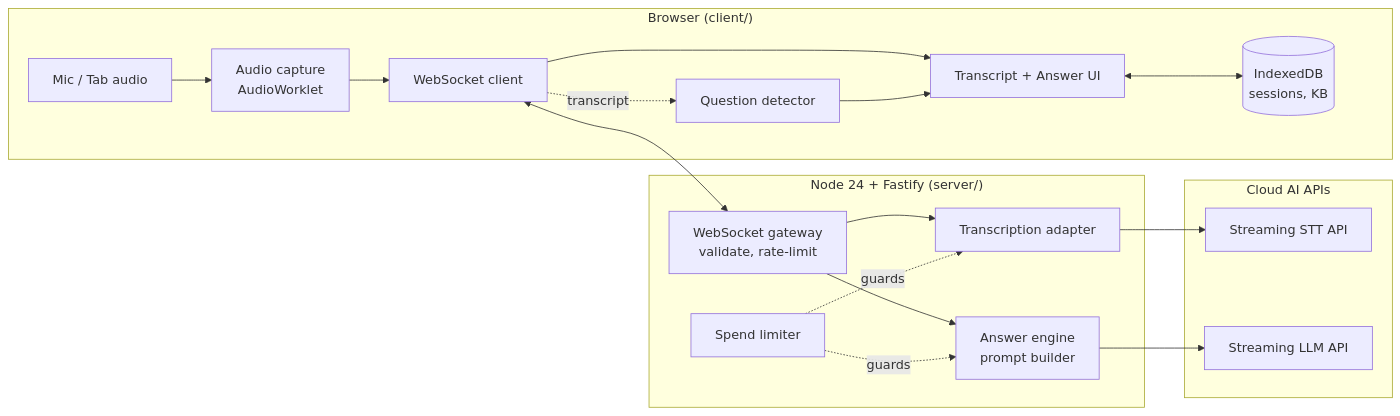
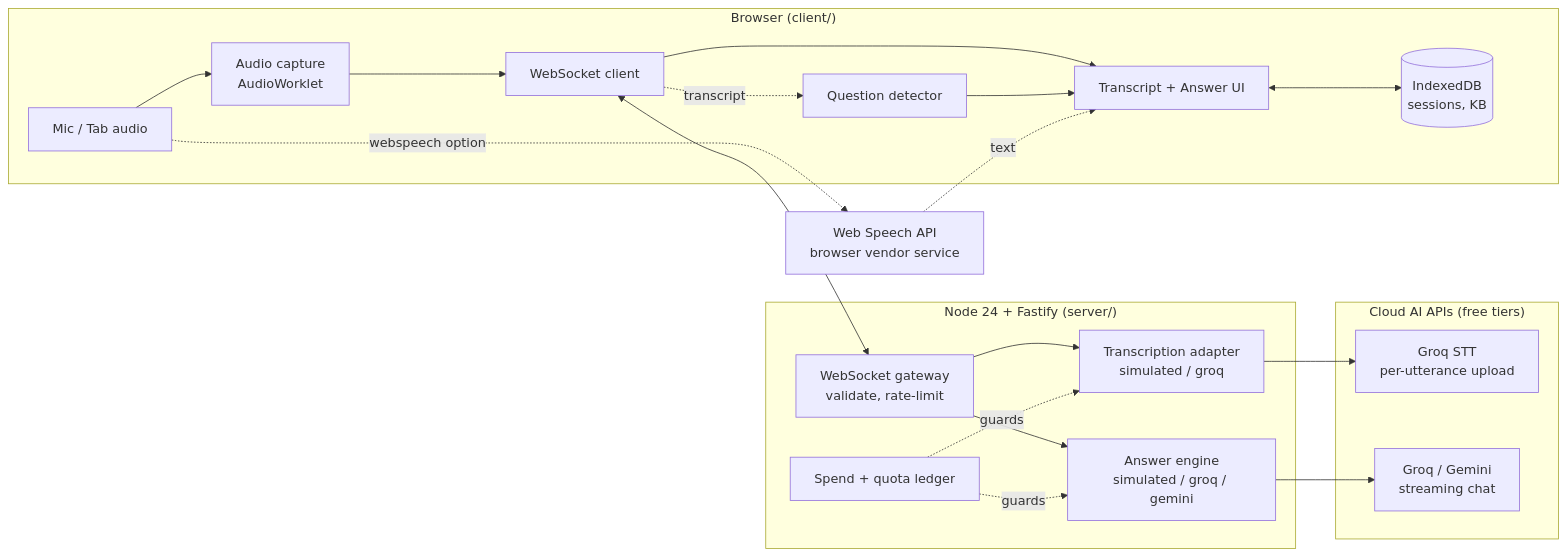
One commit to venugopalreddykamareddy-prog/Metor changed the first of 5 diagrams in docs/ARCHITECTURE.md. Above: the diagram before and after it, drawn with Mermaid. The commit also changed other lines of this file and 9 other files, not shown here.

````diff
--- a/docs/ARCHITECTURE.md
+++ b/docs/ARCHITECTURE.md
@@ -14,29 +15,32 @@
 ```mermaid
 flowchart LR
   subgraph Browser["Browser (client/)"]
     MIC[Mic / Tab audio] --> CAP[Audio capture<br/>AudioWorklet]
     CAP --> WS_C[WebSocket client]
     WS_C --> UI[Transcript + Answer UI]
     UI <--> IDB[(IndexedDB<br/>sessions, KB)]
     QD[Question detector] --> UI
   end
 
   subgraph Server["Node 24 + Fastify (server/)"]
     WS_S[WebSocket gateway<br/>validate, rate-limit]
-    STT[Transcription adapter]
-    ANS[Answer engine<br/>prompt builder]
-    LIM[Spend limiter]
+    STT[Transcription adapter<br/>simulated / groq]
+    ANS[Answer engine<br/>simulated / groq / gemini]
+    LIM[Spend + quota ledger]
   end
 
-  subgraph Cloud["Cloud AI APIs"]
-    STT_API[Streaming STT API]
-    LLM_API[Streaming LLM API]
+  subgraph Cloud["Cloud AI APIs (free tiers)"]
+    STT_API[Groq STT<br/>per-utterance upload]
+    LLM_API[Groq / Gemini<br/>streaming chat]
   end
 
+  WSR[Web Speech API<br/>browser vendor service]
+
+  MIC -. webspeech option .-> WSR -. text .-> UI
   WS_C <--> WS_S
   WS_S --> STT --> STT_API
   WS_S --> ANS --> LLM_API
   LIM -.guards.-> STT
   LIM -.guards.-> ANS
   WS_C -. transcript .-> QD
 ```
````
